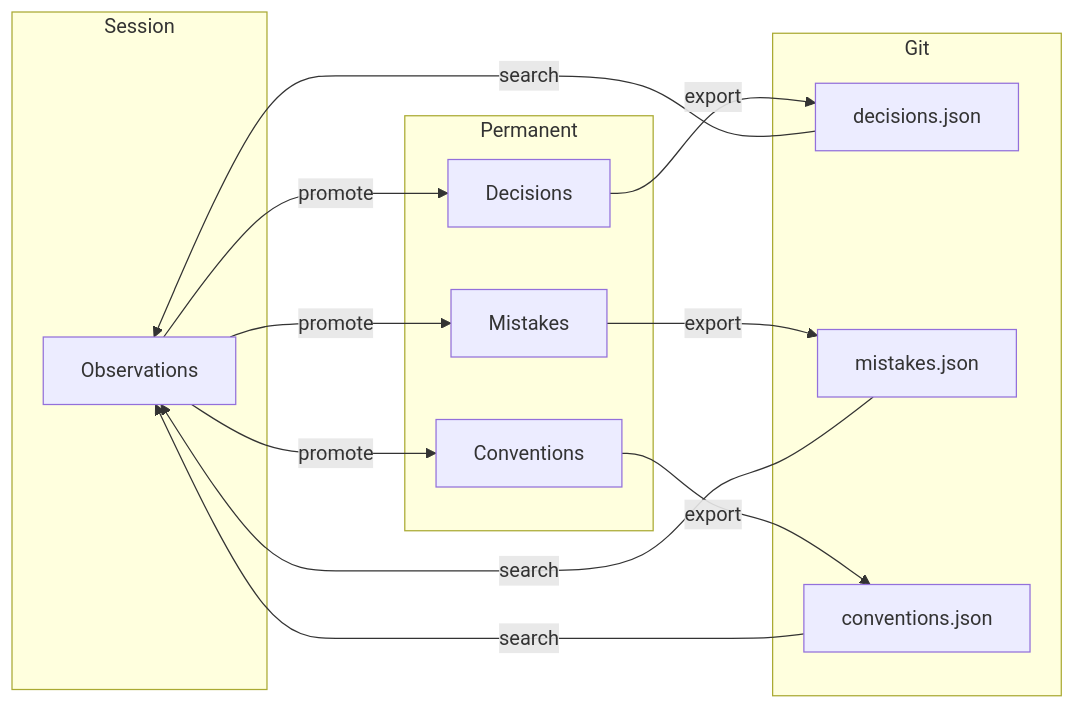
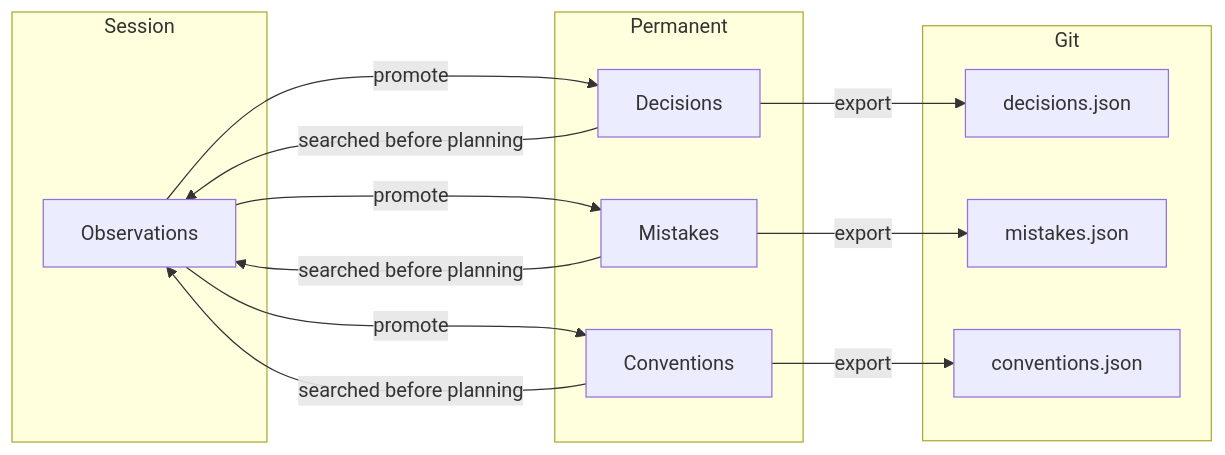
Before and after one commit to DerianAndre/aidd.md: the third of 3 diagrams in WORKFLOW.md, drawn with Mermaid. The commit also changed other lines of this file and 3 other files, not shown here.

````diff
--- a/WORKFLOW.md
+++ b/WORKFLOW.md
@@ -149,26 +157,26 @@
 ```mermaid
 flowchart LR
     subgraph Session
         O[Observations]
     end
     subgraph Permanent
         D[Decisions]
         M[Mistakes]
         C[Conventions]
     end
     subgraph Git
         DJ[decisions.json]
         MJ[mistakes.json]
         CJ[conventions.json]
     end
 
     O -- promote --> D
     O -- promote --> M
     O -- promote --> C
     D -- export --> DJ
     M -- export --> MJ
     C -- export --> CJ
-    DJ -- search --> O
-    MJ -- search --> O
-    CJ -- search --> O
+    D -- searched before planning --> O
+    M -- searched before planning --> O
+    C -- searched before planning --> O
 ```
````
